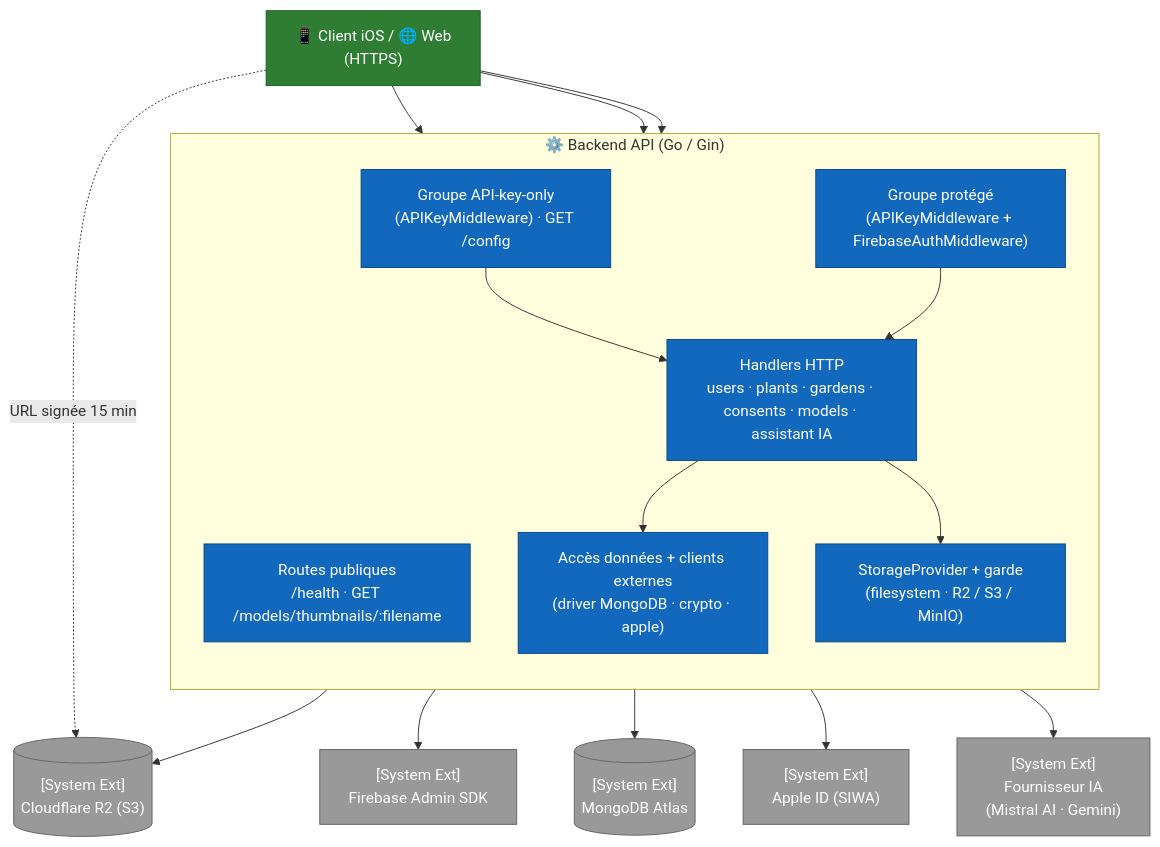
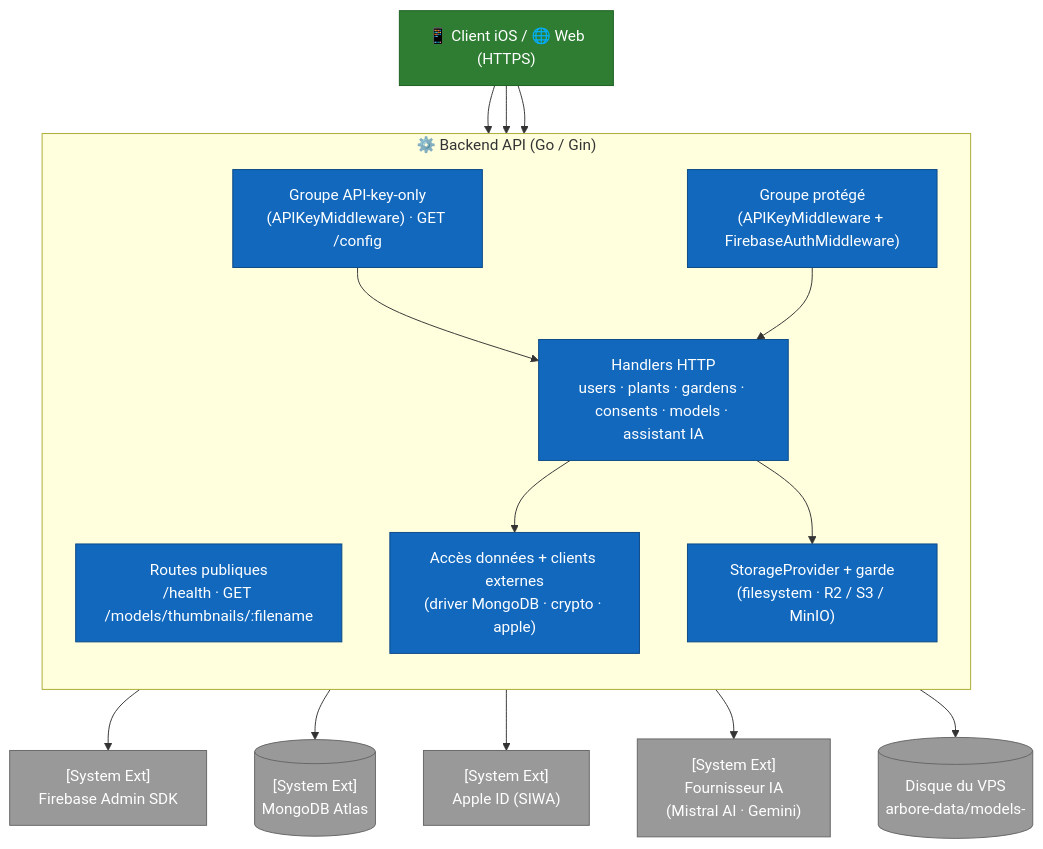
The diagram in docs/fr/architecture/03-components-backend.md (ArboreTeam/Arbore), drawn with Mermaid before and after one commit. The commit also changed other lines of this file and 7 other files, not shown here.

````diff
--- a/docs/fr/architecture/03-components-backend.md
+++ b/docs/fr/architecture/03-components-backend.md
@@ -16,42 +16,41 @@
 ```mermaid
 flowchart TB
     client["📱 Client iOS / 🌐 Web<br/>(HTTPS)"]
 
     subgraph backend["⚙️ Backend API (Go / Gin)"]
         direction TB
         public["Routes publiques<br/>/health · GET /models/thumbnails/:filename"]
         apikey["Groupe API-key-only<br/>(APIKeyMiddleware) · GET /config"]
         protected["Groupe protégé<br/>(APIKeyMiddleware + FirebaseAuthMiddleware)"]
         handlers["Handlers HTTP<br/>users · plants · gardens · consents · models · assistant IA"]
         access["Accès données + clients externes<br/>(driver MongoDB · crypto · apple)"]
         storage["StorageProvider + garde<br/>(filesystem · R2 / S3 / MinIO)"]
 
         apikey --> handlers
         protected --> handlers
         handlers --> access
         handlers --> storage
     end
 
     mongo[("[System Ext]<br/>MongoDB Atlas")]
     firebase_admin["[System Ext]<br/>Firebase Admin SDK"]
     apple["[System Ext]<br/>Apple ID (SIWA)"]
     gemini["[System Ext]<br/>Fournisseur IA<br/>(Mistral AI · Gemini)"]
-    storage_ext[("[System Ext]<br/>Cloudflare R2 (S3)")]
+    storage_ext[("Disque du VPS<br/>arbore-data/models-<env>")]
 
     client --> public
     client --> apikey
     client --> protected
     protected --> firebase_admin
     access --> mongo
     access --> apple
     handlers --> gemini
     storage --> storage_ext
-    client -. "URL signée 15 min" .-> storage_ext
 
     classDef ext   fill:#999,stroke:#666,color:#fff
     classDef layer fill:#1168BD,stroke:#0B4884,color:#fff
     classDef cont  fill:#2E7D32,stroke:#1B5E20,color:#fff
     class public,apikey,protected,handlers,access,storage layer
     class client cont
     class mongo,firebase_admin,apple,gemini,storage_ext ext
 ```
````
